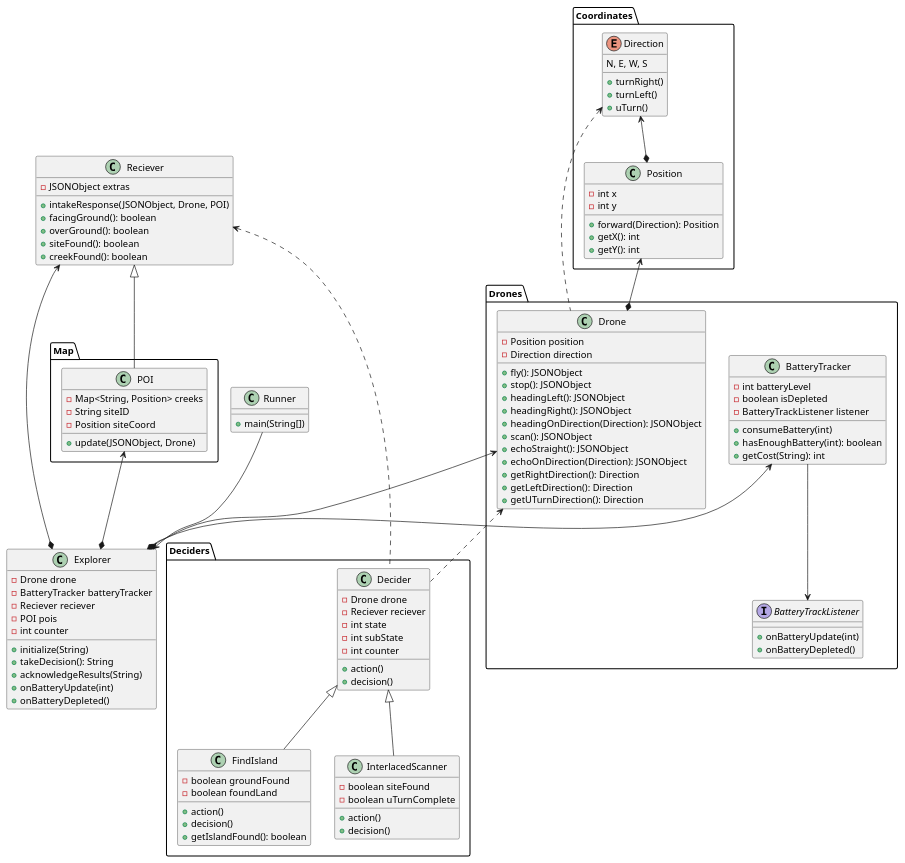
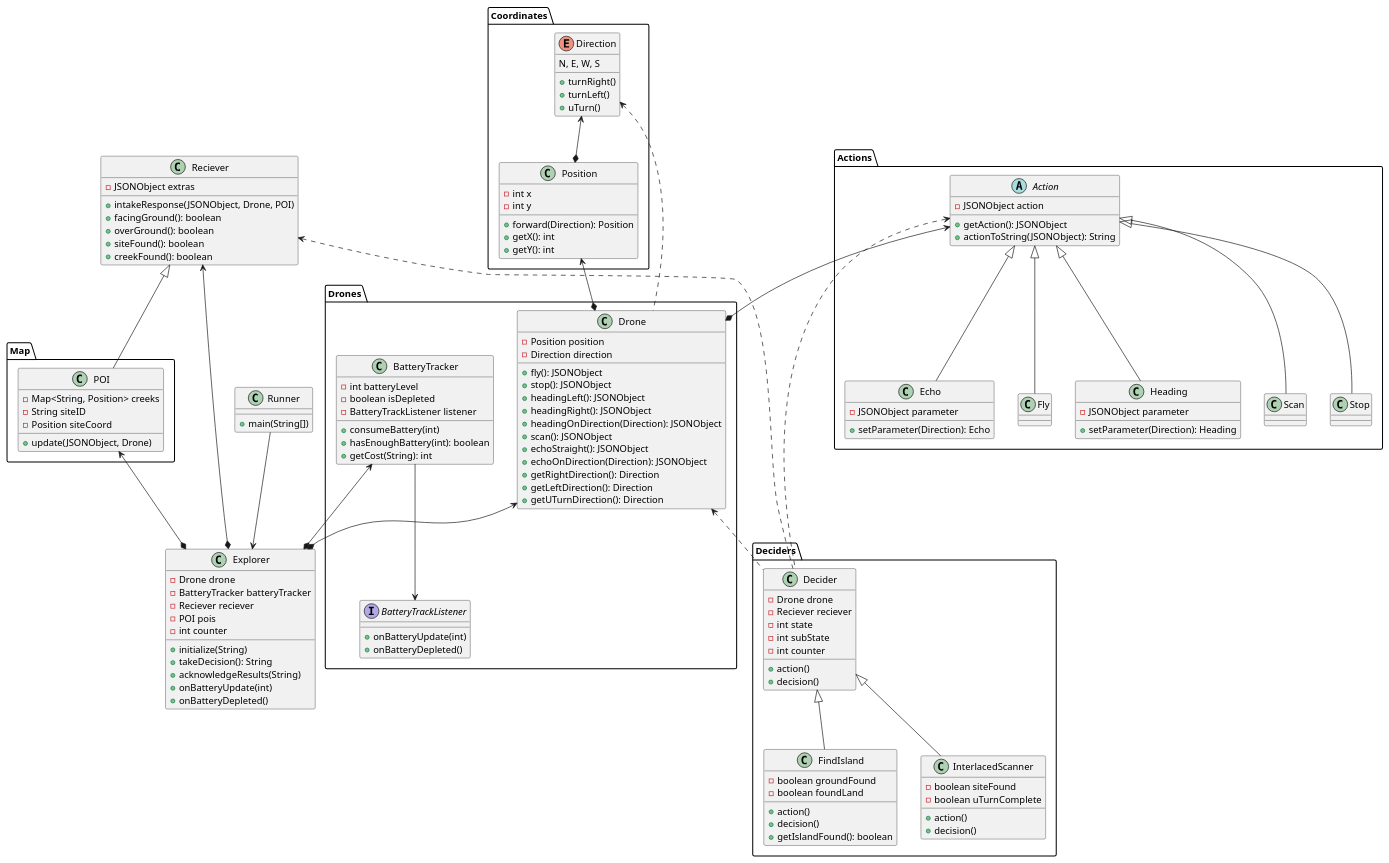
The diagram in UML/SpecificationUML.puml (mahadhsn/A2-Recue-Mission-T11), drawn with PlantUML before and after one commit. The commit also changed 3 other files, not shown here.

Commit message:
Fixes UML diagrams

```diff
--- a/UML/SpecificationUML.puml
+++ b/UML/SpecificationUML.puml
@@ -1,130 +1,157 @@
 @startuml
 
 package Coordinates {
     enum Direction {
         N, E, W, S
         + turnRight()
         + turnLeft()
         + uTurn()
     }
     class Position {
         - int x
         - int y
         + forward(Direction): Position
         + getX(): int
         + getY(): int
     }
 }
 
 package Drones {
     interface BatteryTrackListener {
         + onBatteryUpdate(int)
         + onBatteryDepleted()
     }
 
     class BatteryTracker {
         - int batteryLevel
         - boolean isDepleted
         - BatteryTrackListener listener
         + consumeBattery(int)
         + hasEnoughBattery(int): boolean
         + getCost(String): int
     }
     
     class Drone {
         - Position position
         - Direction direction
         + fly(): JSONObject
         + stop(): JSONObject
         + headingLeft(): JSONObject
         + headingRight(): JSONObject
         + headingOnDirection(Direction): JSONObject
         + scan(): JSONObject
         + echoStraight(): JSONObject
         + echoOnDirection(Direction): JSONObject
         + getRightDirection(): Direction
         + getLeftDirection(): Direction
         + getUTurnDirection(): Direction
     }
 }
 
 package Deciders {
     class Decider {
         - Drone drone
         - Reciever reciever
         - int state
         - int subState
         - int counter
         + action()
         + decision()
     }
     
     class FindIsland extends Decider {
         - boolean groundFound
         - boolean foundLand
         + action()
         + decision()
         + getIslandFound(): boolean
     }
     
     class InterlacedScanner extends Decider {
         - boolean siteFound
         - boolean uTurnComplete
         + action()
         + decision()
     }
 }
 
 package Map {
     class POI {
         - Map<String, Position> creeks
         - String siteID
         - Position siteCoord
         + update(JSONObject, Drone)
     }
 }
 
+package Actions {
+    abstract class Action {
+        - JSONObject action
+        + getAction(): JSONObject
+        + actionToString(JSONObject): String
+    }
+
+    class Echo extends Action {
+        - JSONObject parameter
+        + setParameter(Direction): Echo
+    }
+
+    class Fly extends Action { }
+
+    class Heading extends Action {
+        - JSONObject parameter
+        + setParameter(Direction): Heading
+    }
+
+    class Scan extends Action { }
+
+    class Stop extends Action { }
+}
+
 class Explorer {
     - Drone drone
     - BatteryTracker batteryTracker
     - Reciever reciever
     - POI pois
     - int counter
     + initialize(String)
     + takeDecision(): String
     + acknowledgeResults(String)
     + onBatteryUpdate(int)
     + onBatteryDepleted()
 }
 
 class Reciever {
     - JSONObject extras
     + intakeResponse(JSONObject, Drone, POI)
     + facingGround(): boolean
     + overGround(): boolean
     + siteFound(): boolean
     + creekFound(): boolean
 }
 
 class Runner {
     + main(String[])
 }
 
 BatteryTracker --> BatteryTrackListener
 
 Explorer *-up-> Drone
 Explorer *-up-> BatteryTracker
 Explorer *-up-> Reciever
 Explorer *-up-> POI
 
 Decider .up-> Drone
 Decider .up-> Reciever
 
 Drone *-up-> Position  
 Drone .up-> Direction 
 Position *-up-> Direction  
 
 Reciever <|-- POI
 Runner --> Explorer
 
+Drone *-up-> Action
+Decider .up-> Action
+
 @enduml
```
